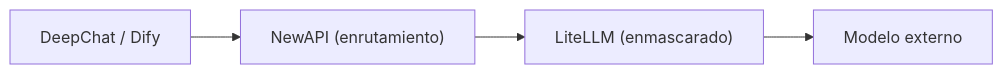
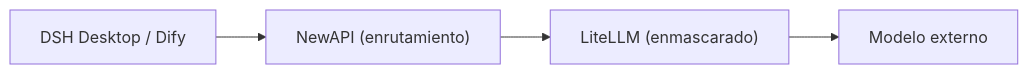
The diagram in docs/i18n/admin-manual-es/ch01-overview.md (sdlyxianchao/AIAllInOne), drawn with Mermaid before and after one commit. The commit also changed other lines of this file and 306 other files, not shown here.

````diff
--- a/docs/i18n/admin-manual-es/ch01-overview.md
+++ b/docs/i18n/admin-manual-es/ch01-overview.md
@@ -71,6 +71,6 @@
 ```mermaid
 flowchart LR
-    A["DeepChat / Dify"] --> B["NewAPI (enrutamiento)"]
+    A["DSH Desktop / Dify"] --> B["NewAPI (enrutamiento)"]
     B["NewAPI (enrutamiento)"] --> C["LiteLLM (enmascarado)"]
     C["LiteLLM (enmascarado)"] --> D["Modelo externo"]
 ```
````
